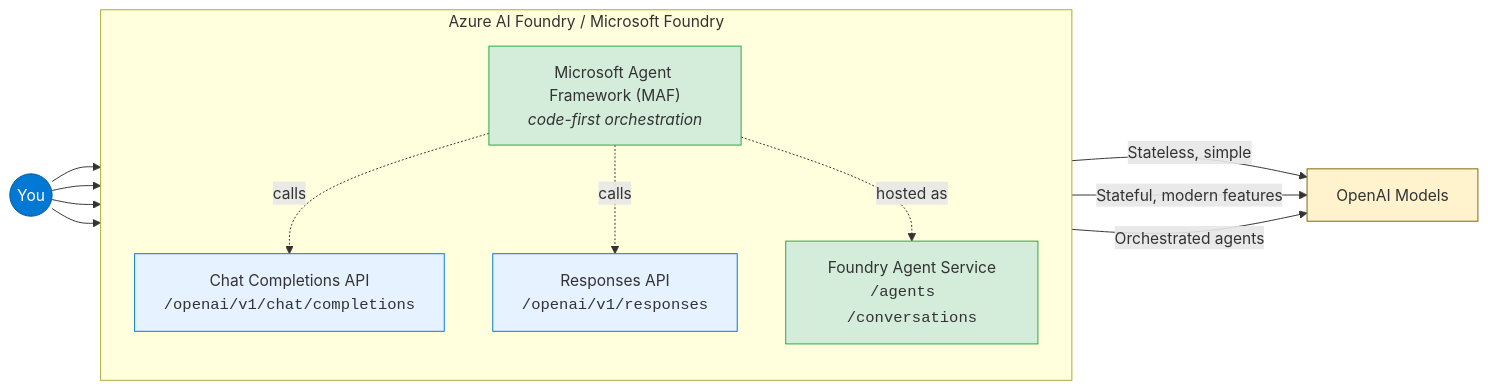
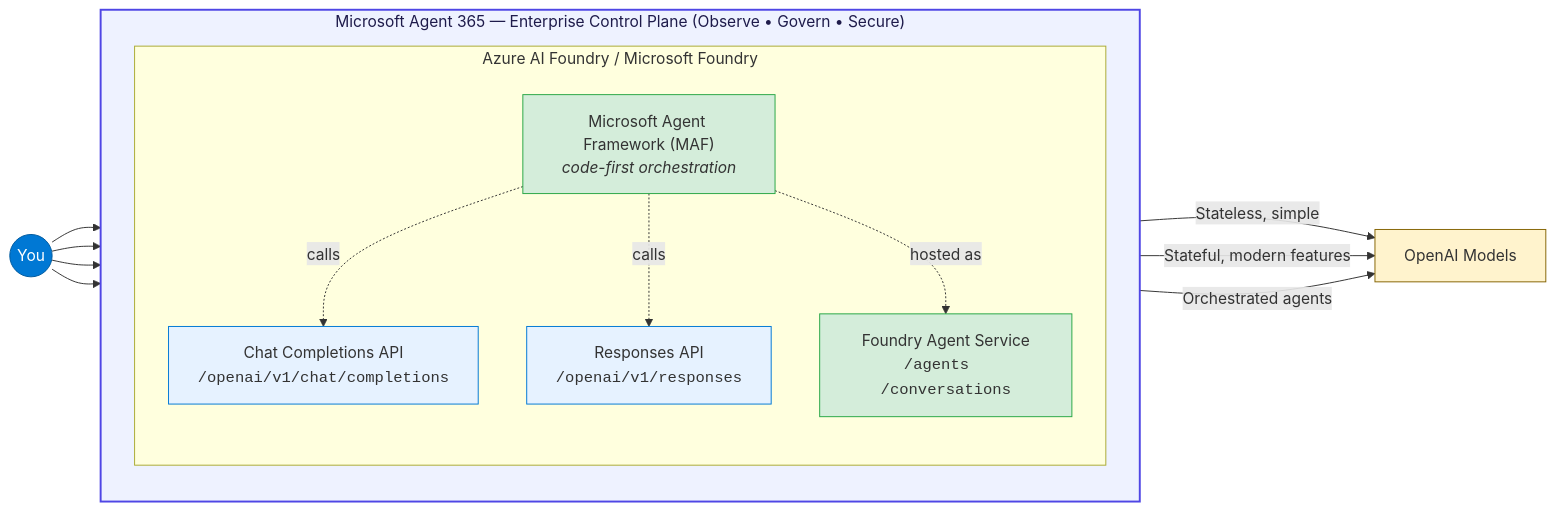
One commit to Arturo-Quiroga-MSFT/microsoft-agents-platform-guide changed the first of 3 diagrams in README.md. Above: the diagram before and after it, drawn with Mermaid. The commit also changed other lines of this file and 1 other file, not shown here.

Commit message:
docs: add Microsoft Agent 365 (GA May 1, 2026) as enterprise control plane
- README: wrap landscape mermaid with Agent 365 control plane (Observe/Govern/Secure)
- README: add Agent 365 IMPORTANT callout next to MAF NOTE
- README: update Key dates (March 31 retirement is past; add May 1 Agent 365 GA)
- README: add Agent 365 overview + developer landing links to primary sources
- sdk-overview: new section detailing Agent 365 SDK + CLI, layered architecture, and when to add it on top of MAF/Foundry Agent Service

````diff
--- a/README.md
+++ b/README.md
@@ -23,30 +23,34 @@
 ```mermaid
 graph LR
-    subgraph "Azure AI Foundry / Microsoft Foundry"
+    subgraph A365["Microsoft Agent 365 — Enterprise Control Plane (Observe • Govern • Secure)"]
         direction TB
-        MAF["Microsoft Agent Framework (MAF)<br/><i>code-first orchestration</i>"]
-        CC["Chat Completions API<br/><code>/openai/v1/chat/completions</code>"]
-        RA["Responses API<br/><code>/openai/v1/responses</code>"]
-        AS["Foundry Agent Service<br/><code>/agents  /conversations</code>"]
+        subgraph "Azure AI Foundry / Microsoft Foundry"
+            direction TB
+            MAF["Microsoft Agent Framework (MAF)<br/><i>code-first orchestration</i>"]
+            CC["Chat Completions API<br/><code>/openai/v1/chat/completions</code>"]
+            RA["Responses API<br/><code>/openai/v1/responses</code>"]
+            AS["Foundry Agent Service<br/><code>/agents  /conversations</code>"]
+        end
     end
 
     DEV((You)) --> MAF
     DEV --> CC
     DEV --> RA
     DEV --> AS
 
     MAF -. "calls" .-> CC
     MAF -. "calls" .-> RA
     MAF -. "hosted as" .-> AS
 
     CC -- "Stateless, simple" --> MODEL["OpenAI Models"]
     RA -- "Stateful, modern features" --> MODEL
     AS -- "Orchestrated agents" --> MODEL
 
     style DEV fill:#0078D4,color:#fff,stroke:#005A9E
+    style A365 fill:#EEF2FF,stroke:#4F46E5,stroke-width:2px,color:#1E1B4B
     style MAF fill:#D4EDDA,stroke:#28A745
     style CC fill:#E6F2FF,stroke:#0078D4
     style RA fill:#E6F2FF,stroke:#0078D4
     style AS fill:#D4EDDA,stroke:#28A745
     style MODEL fill:#FFF3CD,stroke:#856404
 ```
````
